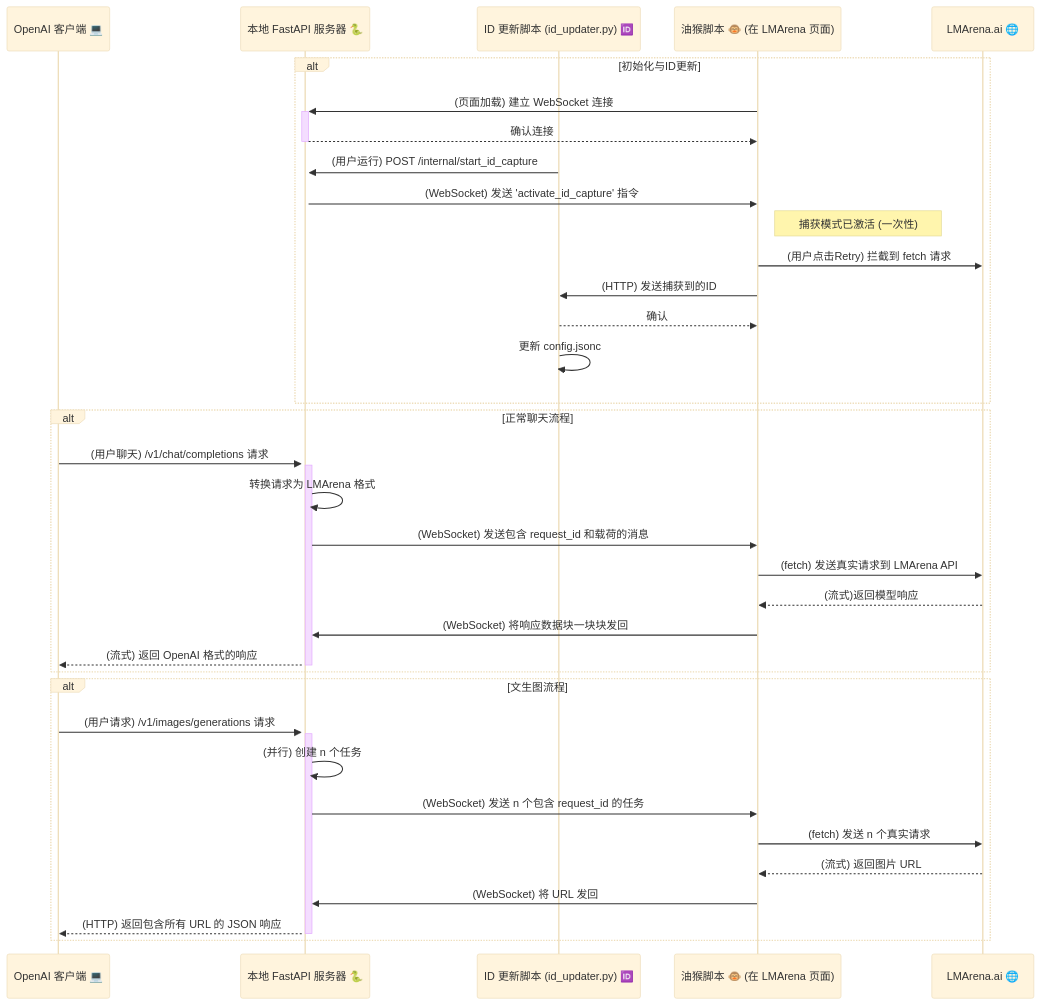
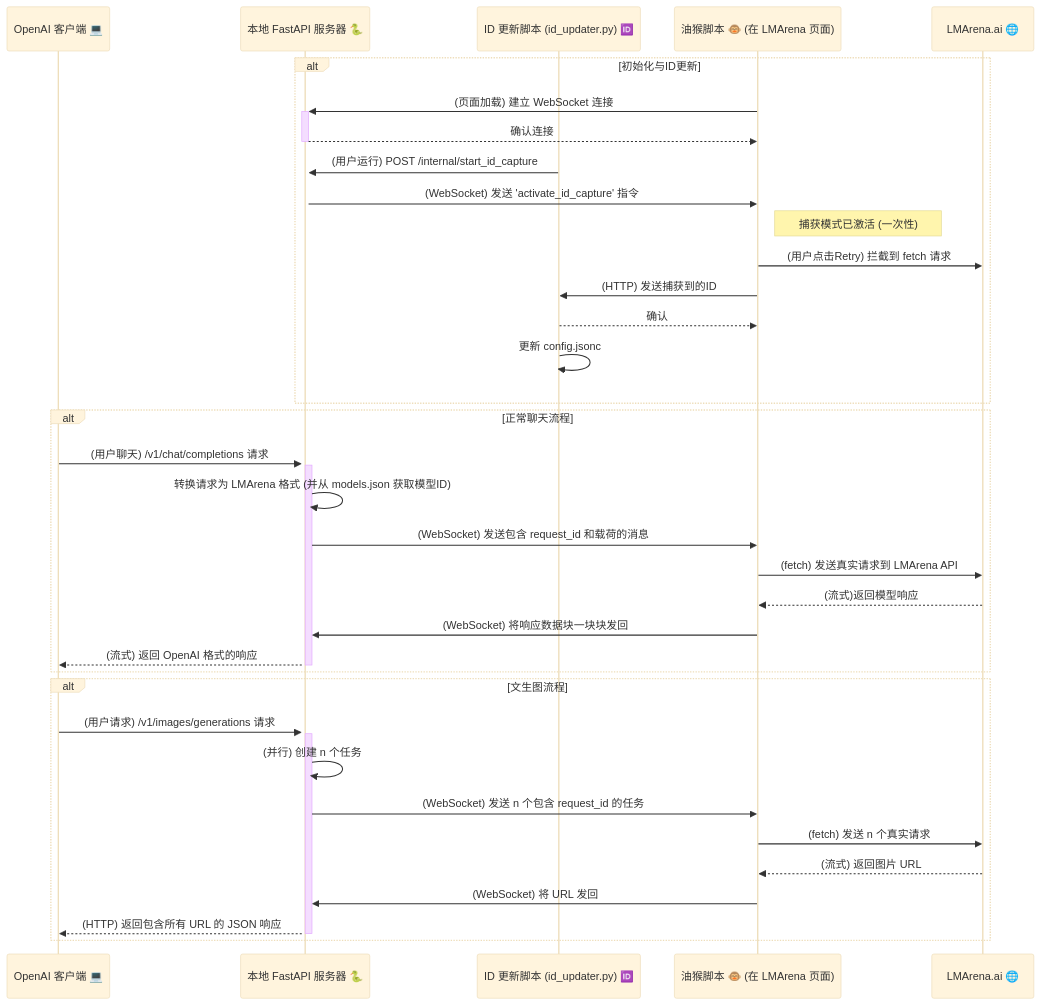
The diagram in README.md (sergss/LMArenaBridge), drawn with Mermaid (base theme) before and after one commit. The commit also changed other lines of this file and 5 other files, not shown here.

````diff
--- a/README.md
+++ b/README.md
@@ -146,40 +150,40 @@
 ```mermaid
 sequenceDiagram
     participant C as OpenAI 客户端 💻
     participant S as 本地 FastAPI 服务器 🐍
     participant U as ID 更新脚本 (id_updater.py) 🆔
     participant T as 油猴脚本 🐵 (在 LMArena 页面)
     participant L as LMArena.ai 🌐
 
     alt 初始化与ID更新
         T->>+S: (页面加载) 建立 WebSocket 连接
         S-->>-T: 确认连接
         U->>+S: (用户运行) POST /internal/start_id_capture
         S->>T: (WebSocket) 发送 'activate_id_capture' 指令
         Note right of T: 捕获模式已激活 (一次性)
         T->>L: (用户点击Retry) 拦截到 fetch 请求
         T->>U: (HTTP) 发送捕获到的ID
         U-->>T: 确认
         U->>U: 更新 config.jsonc
     end
 
     alt 正常聊天流程
         C->>+S: (用户聊天) /v1/chat/completions 请求
-        S->>S: 转换请求为 LMArena 格式
+        S->>S: 转换请求为 LMArena 格式 (并从 models.json 获取模型ID)
         S->>T: (WebSocket) 发送包含 request_id 和载荷的消息
         T->>L: (fetch) 发送真实请求到 LMArena API
         L-->>T: (流式)返回模型响应
         T->>S: (WebSocket) 将响应数据块一块块发回
         S-->>-C: (流式) 返回 OpenAI 格式的响应
     end
 
     alt 文生图流程
         C->>+S: (用户请求) /v1/images/generations 请求
         S->>S: (并行) 创建 n 个任务
         S->>T: (WebSocket) 发送 n 个包含 request_id 的任务
         T->>L: (fetch) 发送 n 个真实请求
         L-->>T: (流式) 返回图片 URL
         T->>S: (WebSocket) 将 URL 发回
         S-->>-C: (HTTP) 返回包含所有 URL 的 JSON 响应
     end
 ```
````
